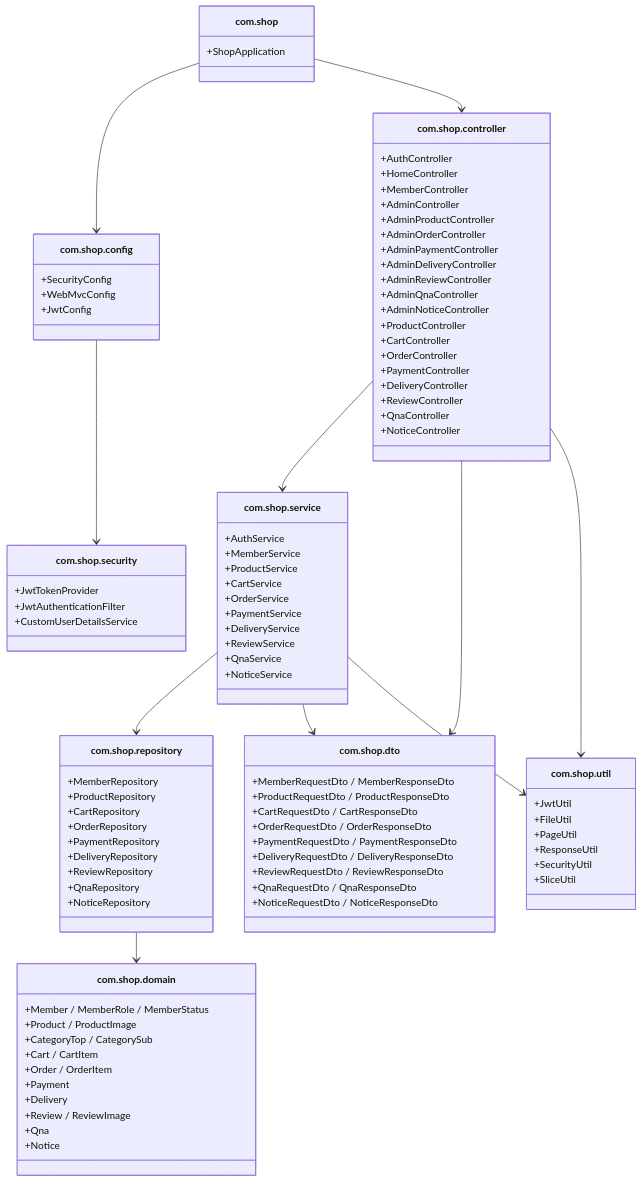
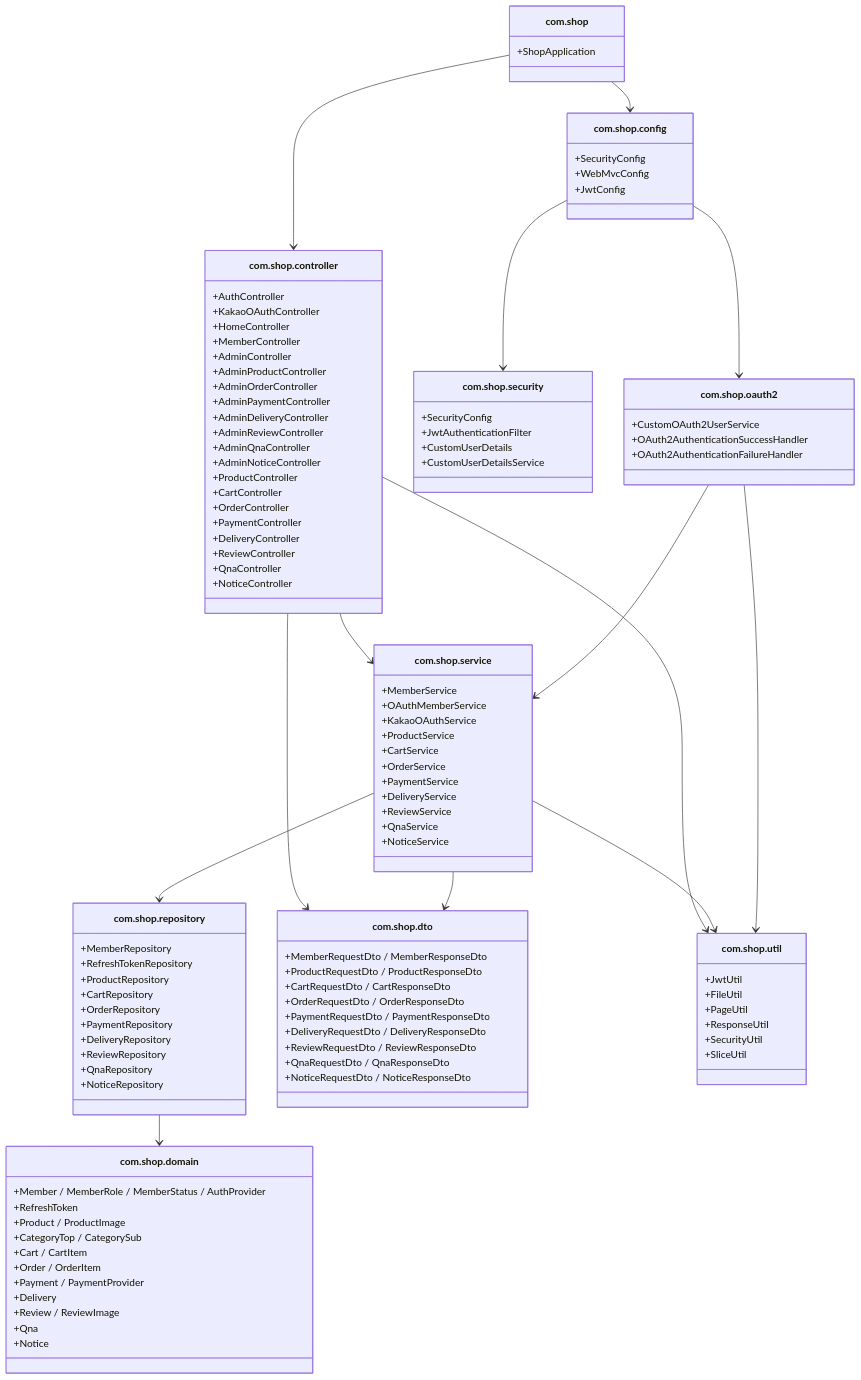
One commit to lasr3423/lasr3423.github.io changed the diagram in readme_deliverables/최종/프로젝트 구조도 최종.md. Above: the diagram before and after it, drawn with Mermaid. The commit also changed other lines of this file and 8 other files, not shown here.

````diff
--- a/readme_deliverables/최종/프로젝트 구조도 최종.md
+++ b/readme_deliverables/최종/프로젝트 구조도 최종.md
@@ -20,6 +20,7 @@
 
     class com.shop.controller {
         +AuthController
+        +KakaoOAuthController
         +HomeController
         +MemberController
         +AdminController
@@ -41,8 +42,9 @@
     }
 
     class com.shop.service {
-        +AuthService
         +MemberService
+        +OAuthMemberService
+        +KakaoOAuthService
         +ProductService
         +CartService
         +OrderService
@@ -55,6 +57,7 @@
 
     class com.shop.repository {
         +MemberRepository
+        +RefreshTokenRepository
         +ProductRepository
         +CartRepository
         +OrderRepository
@@ -66,12 +69,13 @@
     }
 
     class com.shop.domain {
-        +Member / MemberRole / MemberStatus
+        +Member / MemberRole / MemberStatus / AuthProvider
+        +RefreshToken
         +Product / ProductImage
         +CategoryTop / CategorySub
         +Cart / CartItem
         +Order / OrderItem
-        +Payment
+        +Payment / PaymentProvider
         +Delivery
         +Review / ReviewImage
         +Qna
@@ -91,9 +95,16 @@
     }
 
     class com.shop.security {
-        +JwtTokenProvider
+        +SecurityConfig
         +JwtAuthenticationFilter
+        +CustomUserDetails
         +CustomUserDetailsService
+    }
+
+    class com.shop.oauth2 {
+        +CustomOAuth2UserService
+        +OAuth2AuthenticationSuccessHandler
+        +OAuth2AuthenticationFailureHandler
     }
 
     class com.shop.util {
@@ -113,6 +124,9 @@
     com.shop.controller --> com.shop.dto
     com.shop.service --> com.shop.dto
     com.shop.config --> com.shop.security
+    com.shop.config --> com.shop.oauth2
     com.shop.controller --> com.shop.util
     com.shop.service --> com.shop.util
+    com.shop.oauth2 --> com.shop.service
+    com.shop.oauth2 --> com.shop.util
 ```
````
